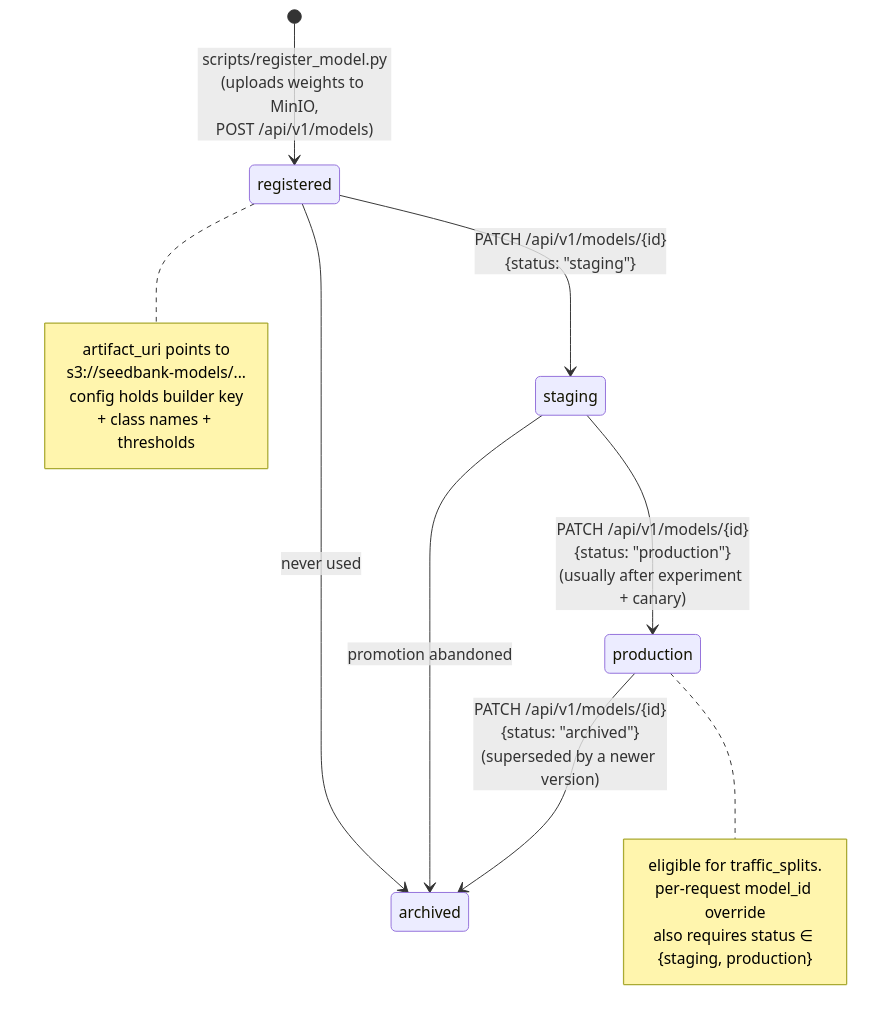
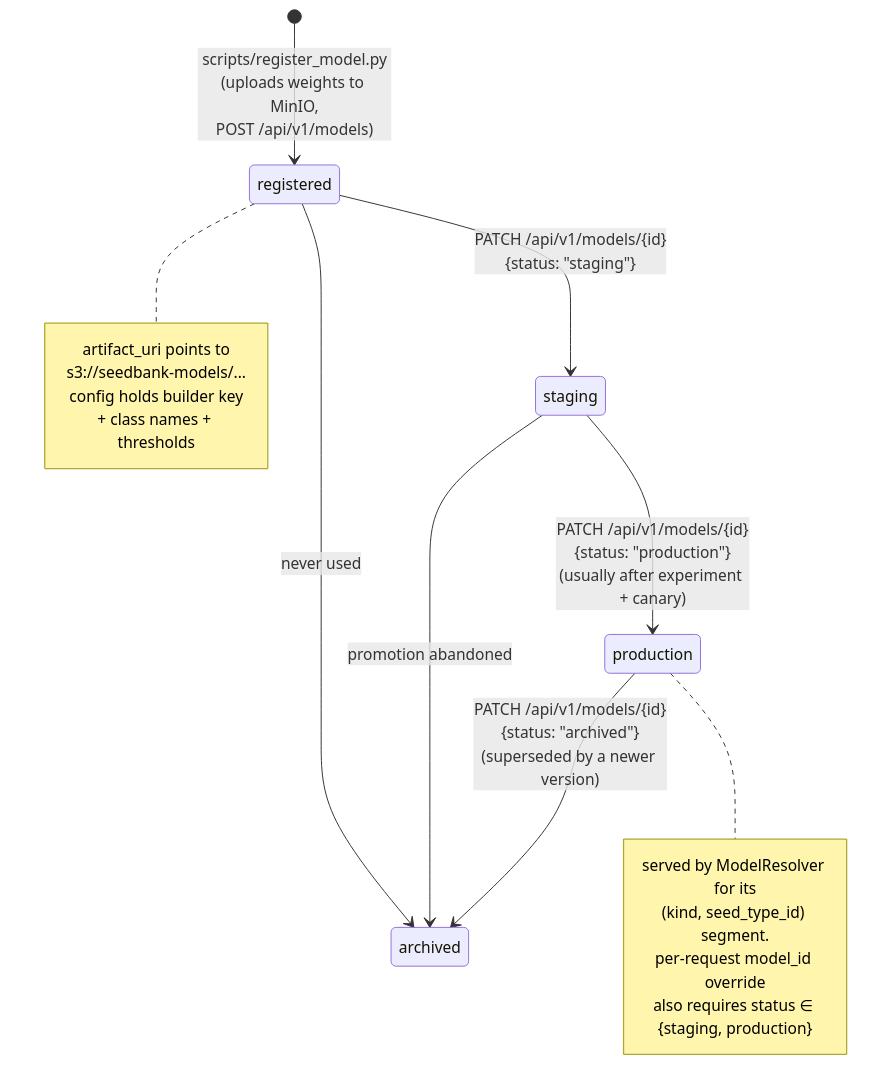
One commit to RealOrangeKun/seed-bank changed the first of 4 diagrams in docs/diagrams/09-ml-platform.md. Above: the diagram before and after it, drawn with Mermaid. The commit also changed other lines of this file and 98 other files, not shown here.

````diff
--- a/docs/diagrams/09-ml-platform.md
+++ b/docs/diagrams/09-ml-platform.md
@@ -8,24 +9,25 @@
 ```mermaid
 stateDiagram-v2
     [*] --> registered : scripts/register_model.py<br/>(uploads weights to MinIO,<br/>POST /api/v1/models)
 
     registered --> staging : PATCH /api/v1/models/{id}<br/>{status: "staging"}
     staging --> production : PATCH /api/v1/models/{id}<br/>{status: "production"}<br/>(usually after experiment + canary)
     production --> archived : PATCH /api/v1/models/{id}<br/>{status: "archived"}<br/>(superseded by a newer version)
 
     staging --> archived : promotion abandoned
     registered --> archived : never used
 
     note right of registered
         artifact_uri points to
         s3://seedbank-models/...
         config holds builder key
         + class names + thresholds
     end note
 
     note right of production
-        eligible for traffic_splits.
+        served by ModelResolver for its
+        (kind, seed_type_id) segment.
         per-request model_id override
         also requires status ∈ {staging, production}
     end note
 ```
````
